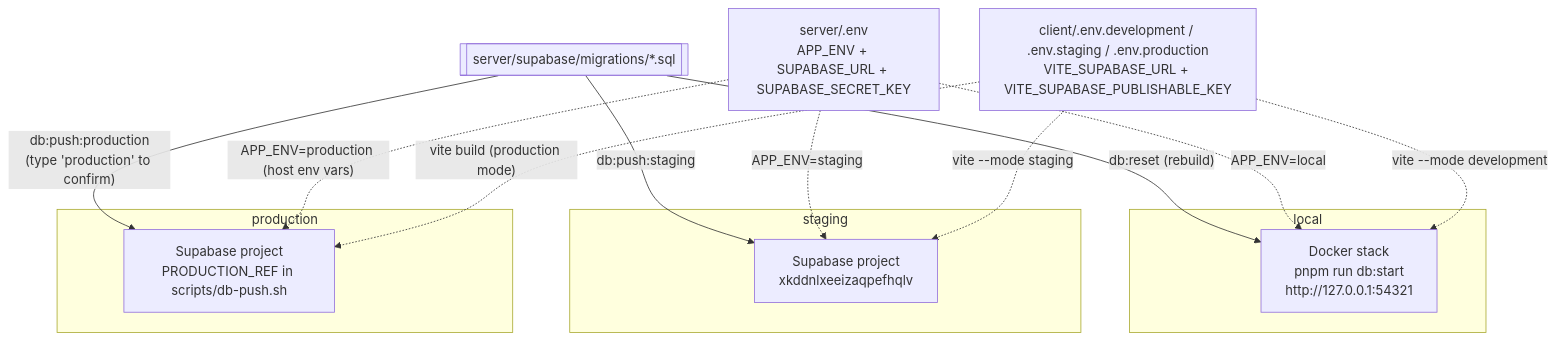
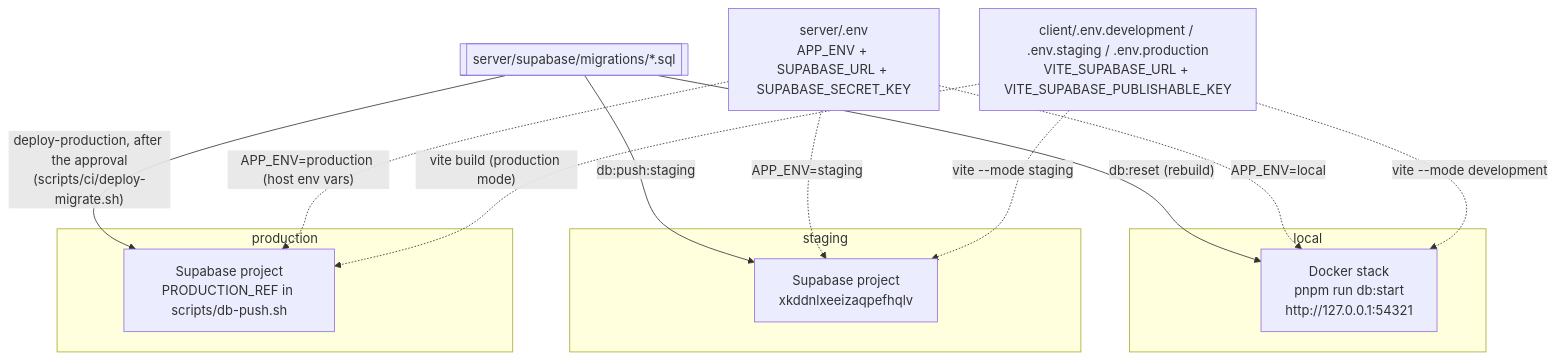
The second of 29 diagrams in docs/ARCHITECTURE.md (The-KhaNha/KhaNha), drawn with Mermaid before and after one commit. The commit also changed 27 other files, not shown here.

````diff
--- a/docs/ARCHITECTURE.md
+++ b/docs/ARCHITECTURE.md
@@ -117,27 +117,27 @@
 ```mermaid
 flowchart TB
   subgraph Local["local"]
     LDocker["Docker stack<br/>pnpm run db:start<br/>http://127.0.0.1:54321"]
   end
   subgraph Staging["staging"]
     SProj["Supabase project<br/>xkddnlxeeizaqpefhqlv"]
   end
   subgraph Production["production"]
     PProj["Supabase project<br/>PRODUCTION_REF in scripts/db-push.sh"]
   end
 
   Migrations[["server/supabase/migrations/*.sql"]]
   Migrations -->|"db:reset (rebuild)"| LDocker
   Migrations -->|"db:push:staging"| SProj
-  Migrations -->|"db:push:production<br/>(type 'production' to confirm)"| PProj
+  Migrations -->|"deploy-production, after the approval<br/>(scripts/ci/deploy-migrate.sh)"| PProj
 
   ServerEnv["server/.env<br/>APP_ENV + SUPABASE_URL + SUPABASE_SECRET_KEY"]
   ClientEnv["client/.env.development / .env.staging / .env.production<br/>VITE_SUPABASE_URL + VITE_SUPABASE_PUBLISHABLE_KEY"]
 
   ServerEnv -. "APP_ENV=local" .-> LDocker
   ServerEnv -. "APP_ENV=staging" .-> SProj
   ServerEnv -. "APP_ENV=production (host env vars)" .-> PProj
   ClientEnv -. "vite --mode development" .-> LDocker
   ClientEnv -. "vite --mode staging" .-> SProj
   ClientEnv -. "vite build (production mode)" .-> PProj
 ```
````
